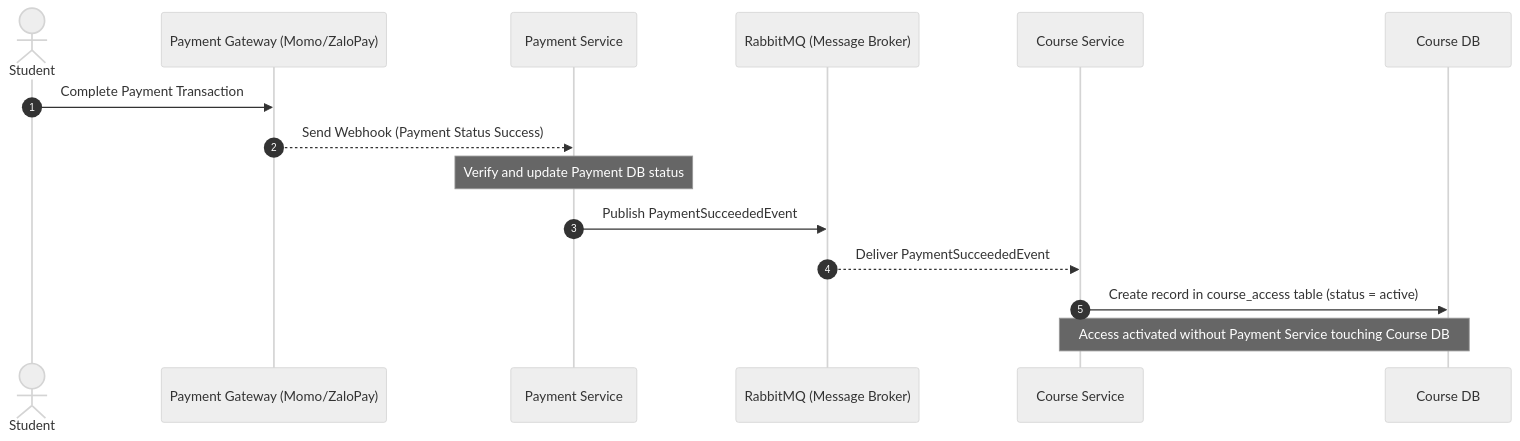
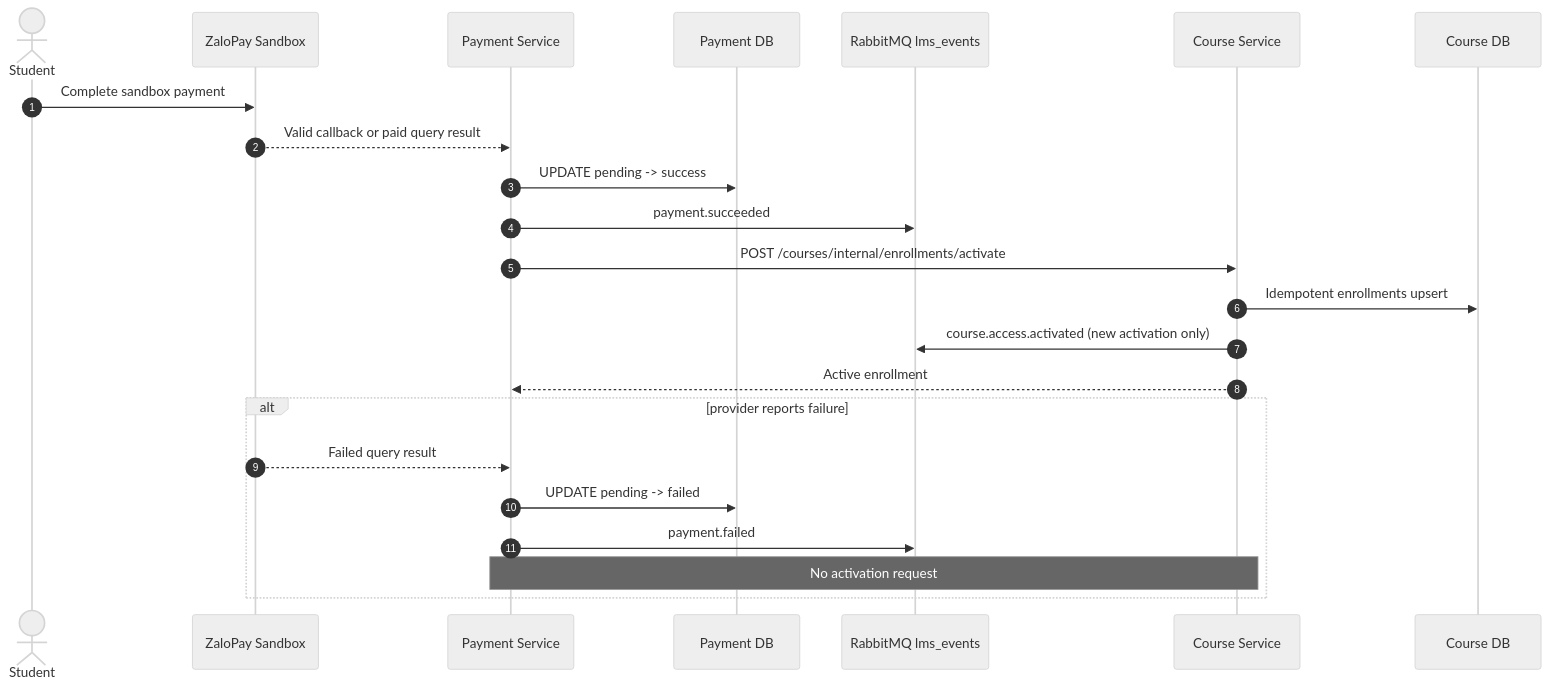
One commit to tranhoainam298/lms-microservices-architecture changed the diagram in docs/implementation/rabbitmq-event-flow.md. Above: the diagram before and after it, drawn with Mermaid (neutral theme). The commit also changed other lines of this file and 127 other files, not shown here.

Commit message:
Complete final Word architecture and Message Broker alignment

````diff
--- a/docs/implementation/rabbitmq-event-flow.md
+++ b/docs/implementation/rabbitmq-event-flow.md
@@ -27,18 +24,27 @@
 ```mermaid
 sequenceDiagram
     autonumber
     actor Student
-    participant PG as Payment Gateway (Momo/ZaloPay)
-    participant PS as Payment Service
-    participant RMQ as RabbitMQ (Message Broker)
-    participant CS as Course Service
-    participant CDB as Course DB
+    participant PaymentGateway as ZaloPay Sandbox
+    participant PaymentSvc as Payment Service
+    participant PaymentDB as Payment DB
+    participant Broker as RabbitMQ lms_events
+    participant CourseSvc as Course Service
+    participant CourseDB as Course DB
 
-    Student->>PG: Complete Payment Transaction
-    PG-->>PS: Send Webhook (Payment Status Success)
-    Note over PS: Verify and update Payment DB status
-    PS->>RMQ: Publish PaymentSucceededEvent
-    RMQ-->>CS: Deliver PaymentSucceededEvent
-    CS->>CDB: Create record in course_access table (status = active)
-    Note over CS, CDB: Access activated without Payment Service touching Course DB
+    Student->>PaymentGateway: Complete sandbox payment
+    PaymentGateway-->>PaymentSvc: Valid callback or paid query result
+    PaymentSvc->>PaymentDB: UPDATE pending -> success
+    PaymentSvc->>Broker: payment.succeeded
+    PaymentSvc->>CourseSvc: POST /courses/internal/enrollments/activate
+    CourseSvc->>CourseDB: Idempotent enrollments upsert
+    CourseSvc->>Broker: course.access.activated (new activation only)
+    CourseSvc-->>PaymentSvc: Active enrollment
+
+    alt provider reports failure
+        PaymentGateway-->>PaymentSvc: Failed query result
+        PaymentSvc->>PaymentDB: UPDATE pending -> failed
+        PaymentSvc->>Broker: payment.failed
+        Note over PaymentSvc,CourseSvc: No activation request
+    end
 ```
````
